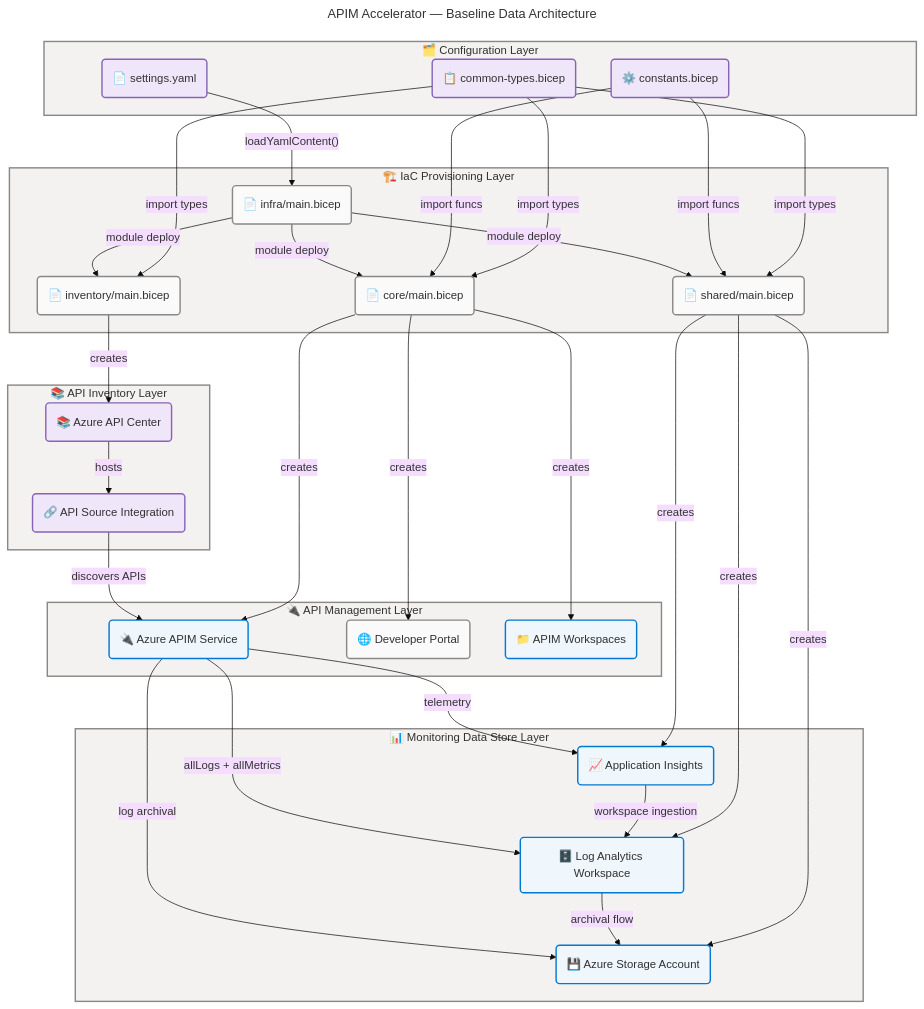
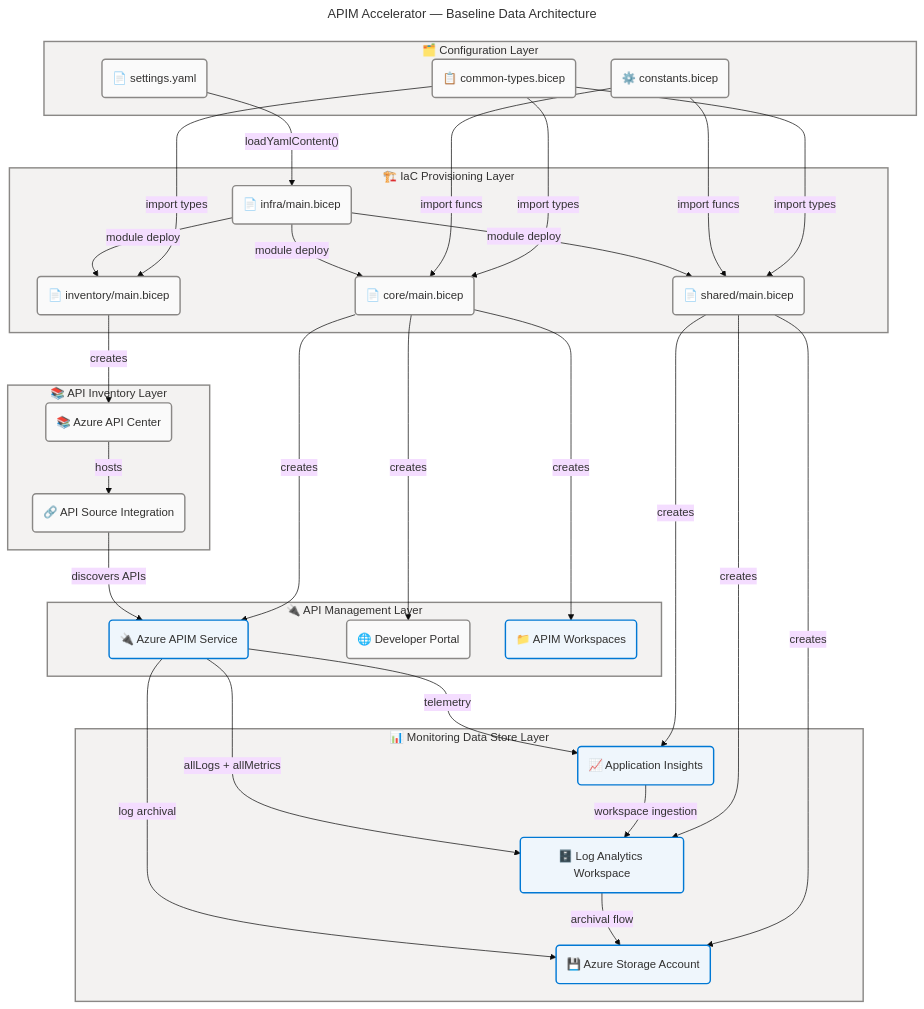
One commit to Evilazaro/APIM-Accelerator changed the second of 4 diagrams in docs/architecture/data-architecture.md. Above: the diagram before and after it, drawn with Mermaid. The commit also changed other lines of this file and 3 other files, not shown here.

```diff
--- a/docs/architecture/data-architecture.md
+++ b/docs/architecture/data-architecture.md
@@ -419,9 +417,9 @@
     %% ═══════════════════════════════════════════════════════════════════════════
 
     subgraph cfglayer["🗂️ Configuration Layer"]
-        YAML("📄 settings.yaml"):::data
-        TYPES("📋 common-types.bicep"):::data
-        CONSTANTS("⚙️ constants.bicep"):::data
+        YAML("📄 settings.yaml"):::neutral
+        TYPES("📋 common-types.bicep"):::neutral
+        CONSTANTS("⚙️ constants.bicep"):::neutral
     end
 
     subgraph iaclayer["🏗️ IaC Provisioning Layer"]
@@ -439,13 +437,13 @@
 
     subgraph apimLayer["🔌 API Management Layer"]
         APIM("🔌 Azure APIM Service"):::core
-        DEVPORTAL("🌐 Developer Portal"):::external
+        DEVPORTAL("🌐 Developer Portal"):::neutral
         WORKSPACES("📁 APIM Workspaces"):::core
     end
 
     subgraph inventorylayer["📚 API Inventory Layer"]
-        APICENTER("📚 Azure API Center"):::data
-        APISOURCE("🔗 API Source Integration"):::data
+        APICENTER("📚 Azure API Center"):::neutral
+        APISOURCE("🔗 API Source Integration"):::neutral
     end
 
     YAML -->|"loadYamlContent()"| MAINBICEP
@@ -473,9 +471,7 @@
     APISOURCE -->|"discovers APIs"| APIM
 
     classDef core fill:#EFF6FC,stroke:#0078D4,stroke-width:2px,color:#323130
-    classDef data fill:#F0E6FA,stroke:#8764B8,stroke-width:2px,color:#323130
     classDef neutral fill:#FAFAFA,stroke:#8A8886,stroke-width:2px,color:#323130
-    classDef external fill:#FAFAFA,stroke:#8A8886,stroke-width:2px,color:#323130
 
     style cfglayer fill:#F3F2F1,stroke:#8A8886,stroke-width:2px,color:#323130
     style iaclayer fill:#F3F2F1,stroke:#8A8886,stroke-width:2px,color:#323130
```
